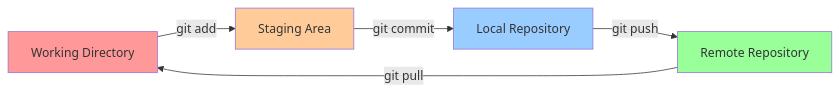
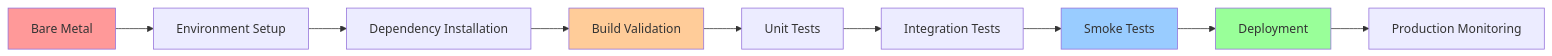
Before and after one commit to danindiana/gpt_Nim: the first of 7 diagrams in README.md, drawn with Mermaid. The commit also changed other lines of this file and 1 other file, not shown here.

First line of the commit message:
docs: restructure README to focus on CI/CD pipeline and bare metal deployment

````diff
--- a/README.md
+++ b/README.md
@@ -98,12 +32,16 @@
 ```mermaid
 graph LR
-    A[Working Directory] -->|git add| B[Staging Area]
-    B -->|git commit| C[Local Repository]
-    C -->|git push| D[Remote Repository]
-    D -->|git pull| A
+    A[Bare Metal] --> B[Environment Setup]
+    B --> C[Dependency Installation]
+    C --> D[Build Validation]
+    D --> E[Unit Tests]
+    E --> F[Integration Tests]
+    F --> G[Smoke Tests]
+    G --> H[Deployment]
+    H --> I[Production Monitoring]
 
     style A fill:#ff9999
-    style B fill:#ffcc99
-    style C fill:#99ccff
-    style D fill:#99ff99
+    style D fill:#ffcc99
+    style G fill:#99ccff
+    style H fill:#99ff99
 ```
````
